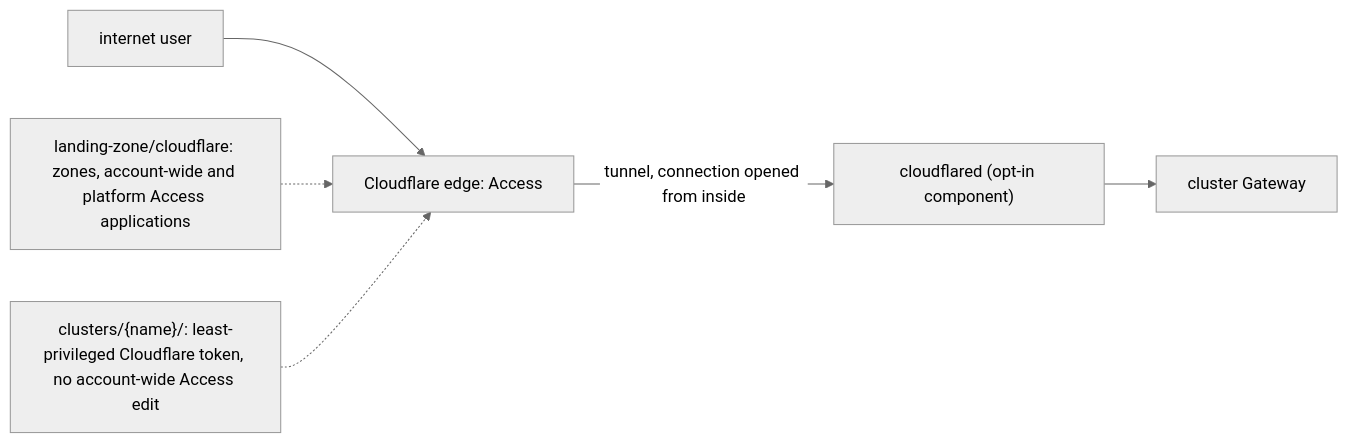
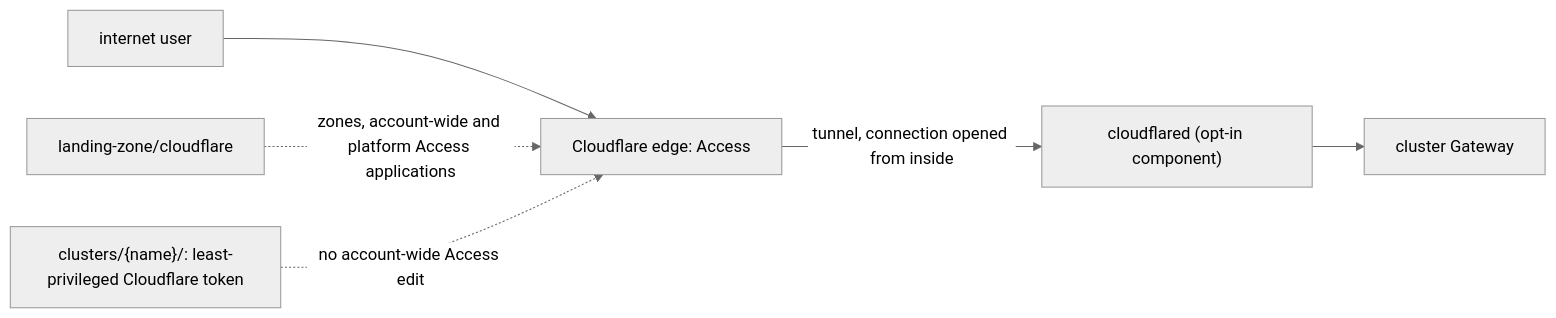
One commit to gsuquet/infra changed the diagram in docs/rfc/0013-public-exposure-via-cloudflare-tunnel.md. Above: the diagram before and after it, drawn with Mermaid (neutral theme). The commit also changed other lines of this file and 37 other files, not shown here.

````diff
--- a/docs/rfc/0013-public-exposure-via-cloudflare-tunnel.md
+++ b/docs/rfc/0013-public-exposure-via-cloudflare-tunnel.md
@@ -78,8 +84,8 @@
 ```mermaid
 flowchart LR
     U["internet user"] --> CF["Cloudflare edge: Access"]
     CF -->|"tunnel, connection opened from inside"| CD["cloudflared (opt-in component)"]
     CD --> GW["cluster Gateway"]
-    LZ["landing-zone/cloudflare: zones, account-wide and platform Access applications"] -.-> CF
-    CR["clusters/{name}/: least-privileged Cloudflare token, no account-wide Access edit"] -.-> CF
+    LZ["landing-zone/cloudflare"] -.->|"zones, account-wide and platform Access applications"| CF
+    CR["clusters/{name}/: least-privileged Cloudflare token"] -.->|"no account-wide Access edit"| CF
 ```
````
